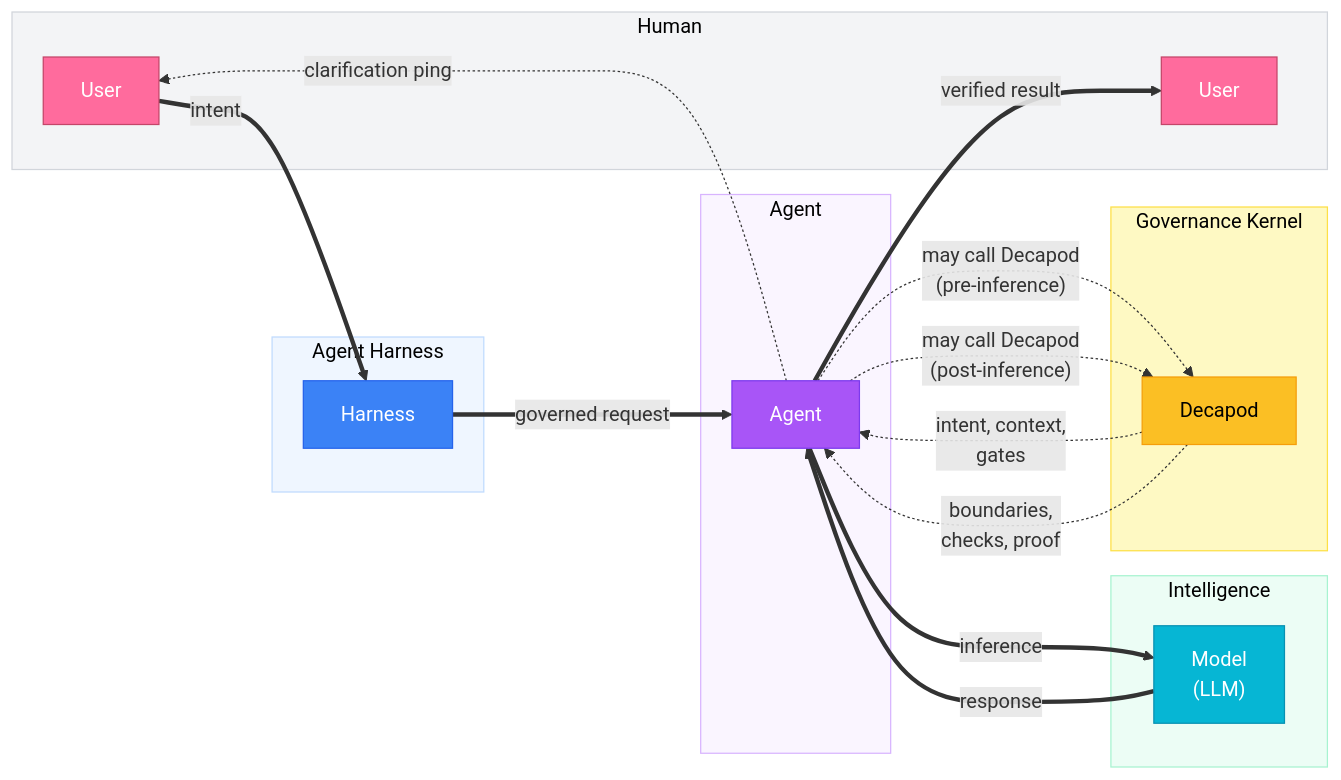
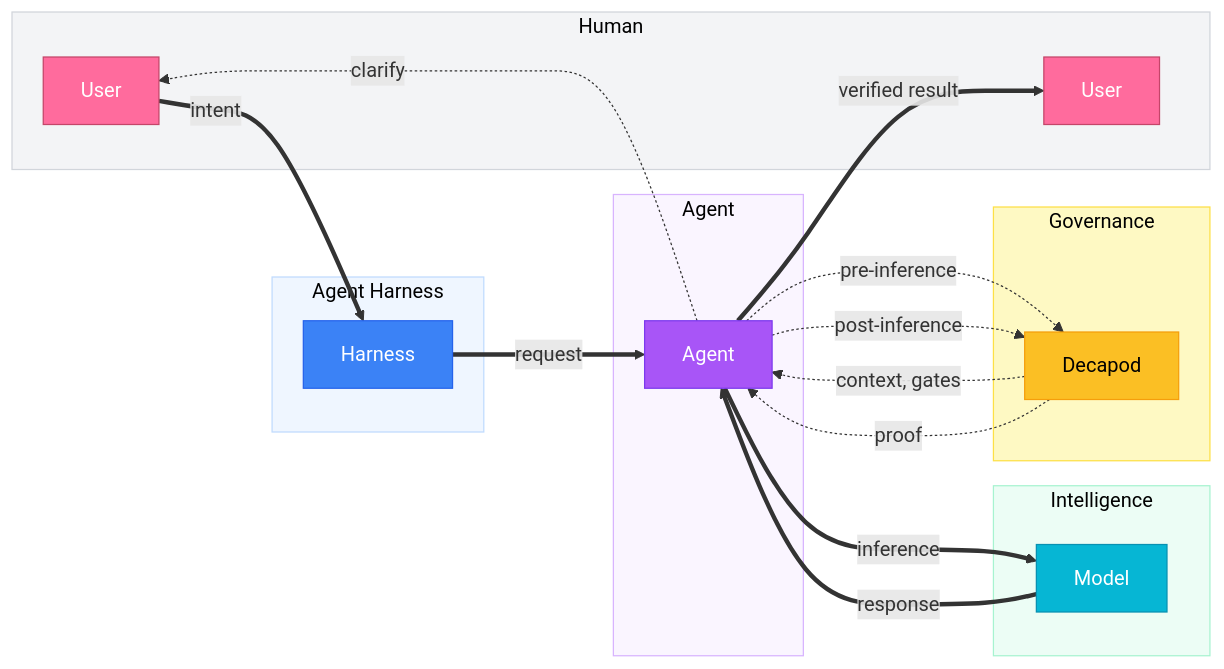
One commit to DecapodLabs/decapod changed the diagram in README.md. Above: the diagram before and after it, drawn with Mermaid. The commit also changed other lines of this file and 15 other files, not shown here.

First line of the commit message:
refactor: consolidate SQLite schema (#1126–#1131)

````diff
--- a/README.md
+++ b/README.md
@@ -76,54 +78,46 @@
 ```mermaid
 flowchart LR
     subgraph HumanGroup["Human"]
         UserIn["User"]
         UserOut["User"]
     end
 
     subgraph HarnessGroup["Agent Harness"]
         HarnessNode["Harness"]
     end
 
     subgraph IntelligenceGroup["Intelligence"]
-        ModelNode["Model<br/>(LLM)"]
+        ModelNode["Model"]
     end
 
-    subgraph GovernanceGroup["Governance Kernel"]
+    subgraph GovernanceGroup["Governance"]
         DecapodNode["Decapod"]
     end
 
     subgraph AgentGroup["Agent"]
         AgentNode["Agent"]
     end
 
     UserIn ==>|intent| HarnessNode
-    HarnessNode ==>|governed request| AgentNode
-
-    %% Optional pre-inference governance
-    AgentNode -.->|"may call Decapod<br/>(pre-inference)"| DecapodNode
-    DecapodNode -.->|"intent, context,<br/>gates"| AgentNode
-
+    HarnessNode ==>|request| AgentNode
+    AgentNode -.->|pre-inference| DecapodNode
+    DecapodNode -.->|context, gates| AgentNode
     AgentNode ==>|inference| ModelNode
     ModelNode ==>|response| AgentNode
-
-    %% Optional post-inference verification and proof
-    AgentNode -.->|"may call Decapod<br/>(post-inference)"| DecapodNode
-    DecapodNode -.->|"boundaries,<br/>checks, proof"| AgentNode
-
+    AgentNode -.->|post-inference| DecapodNode
+    DecapodNode -.->|proof| AgentNode
     AgentNode ==>|verified result| UserOut
-
-    AgentNode -.->|"clarification ping"| UserIn
+    AgentNode -.->|clarify| UserIn
 
     style UserIn fill:#ff6b9d,stroke:#c44569,color:#fff
     style UserOut fill:#ff6b9d,stroke:#c44569,color:#fff
     style HarnessNode fill:#3b82f6,stroke:#2563eb,color:#fff
     style AgentNode fill:#a855f7,stroke:#7c3aed,color:#fff
     style ModelNode fill:#06b6d4,stroke:#0891b2,color:#fff
     style DecapodNode fill:#fbbf24,stroke:#f59e0b,color:#000
-
     style HumanGroup fill:#f3f4f6,stroke:#d1d5db,color:#000
     style HarnessGroup fill:#eff6ff,stroke:#bfdbfe,color:#000
     style IntelligenceGroup fill:#ecfdf5,stroke:#a7f3d0,color:#000
     style GovernanceGroup fill:#fef9c3,stroke:#fde047,color:#000
     style AgentGroup fill:#faf5ff,stroke:#d8b4fe,color:#000
 ```
````
